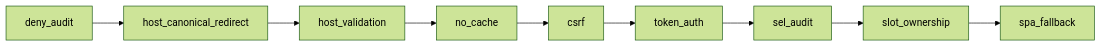
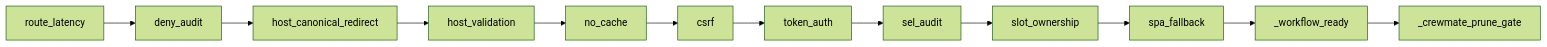
The second of 2 diagrams in docs/system-specs/modules/dashboard-token-auth.md (Alexander-Yuan/KiroCrew), drawn with Mermaid (forest theme) before and after one commit. The commit also changed other lines of this file and 62 other files, not shown here.

````diff
--- a/docs/system-specs/modules/dashboard-token-auth.md
+++ b/docs/system-specs/modules/dashboard-token-auth.md
@@ -101,4 +103,4 @@
 ```mermaid
 graph LR
-    Z[deny_audit] --> A[host_canonical_redirect] --> B[host_validation] --> C[no_cache] --> D[csrf] --> E[token_auth] --> F[sel_audit] --> S[slot_ownership] --> G[spa_fallback]
+    L[route_latency] --> Z[deny_audit] --> A[host_canonical_redirect] --> B[host_validation] --> C[no_cache] --> D[csrf] --> E[token_auth] --> F[sel_audit] --> S[slot_ownership] --> G[spa_fallback] --> W[_workflow_ready] --> P[_crewmate_prune_gate]
 ```
````
